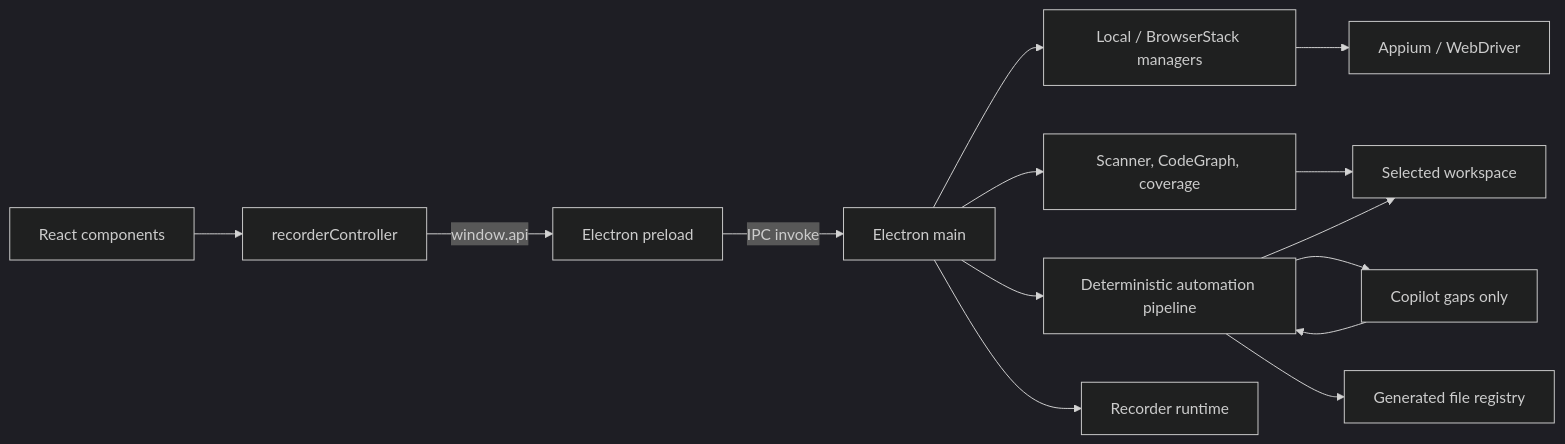
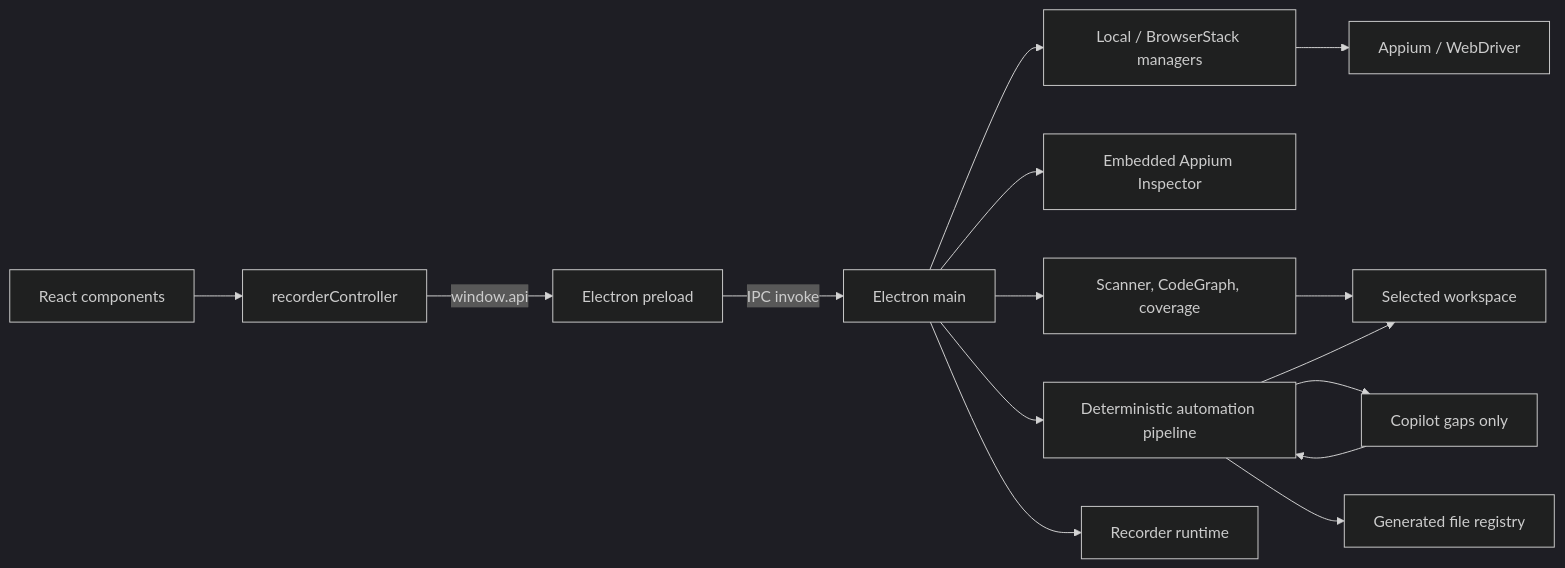
Before and after one commit to kevinhuamani-zorem/tool-mobile: the diagram in docs/ARCHITECTURE.md, drawn with Mermaid (dark theme). The commit also changed other lines of this file and 19 other files, not shown here.

Commit message:
feat: embed controlled Appium Inspector

````diff
--- a/docs/ARCHITECTURE.md
+++ b/docs/ARCHITECTURE.md
@@ -11,16 +11,17 @@
 ```mermaid
 flowchart LR
     UI[React components] --> RC[recorderController]
     RC -->|window.api| PL[Electron preload]
     PL -->|IPC invoke| MAIN[Electron main]
     MAIN --> SESSION[Local / BrowserStack managers]
+    MAIN --> EI[Embedded Appium Inspector]
     SESSION --> APPIUM[Appium / WebDriver]
     MAIN --> SCAN[Scanner, CodeGraph, coverage]
     MAIN --> PIPE[Deterministic automation pipeline]
     SCAN --> TARGET[Selected workspace]
     PIPE --> AGENT[Copilot gaps only]
     AGENT --> PIPE
     PIPE --> TARGET
     PIPE --> REG[Generated file registry]
     MAIN --> RUNTIME[Recorder runtime]
 ```
````
